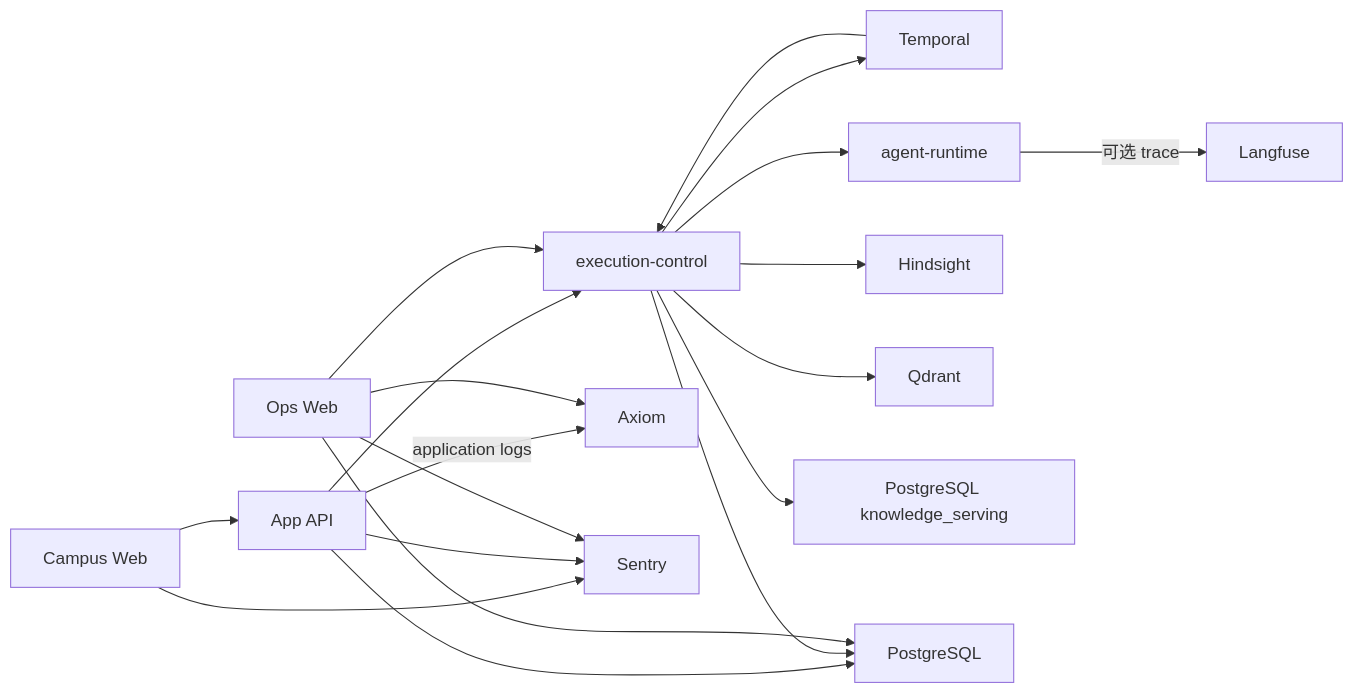
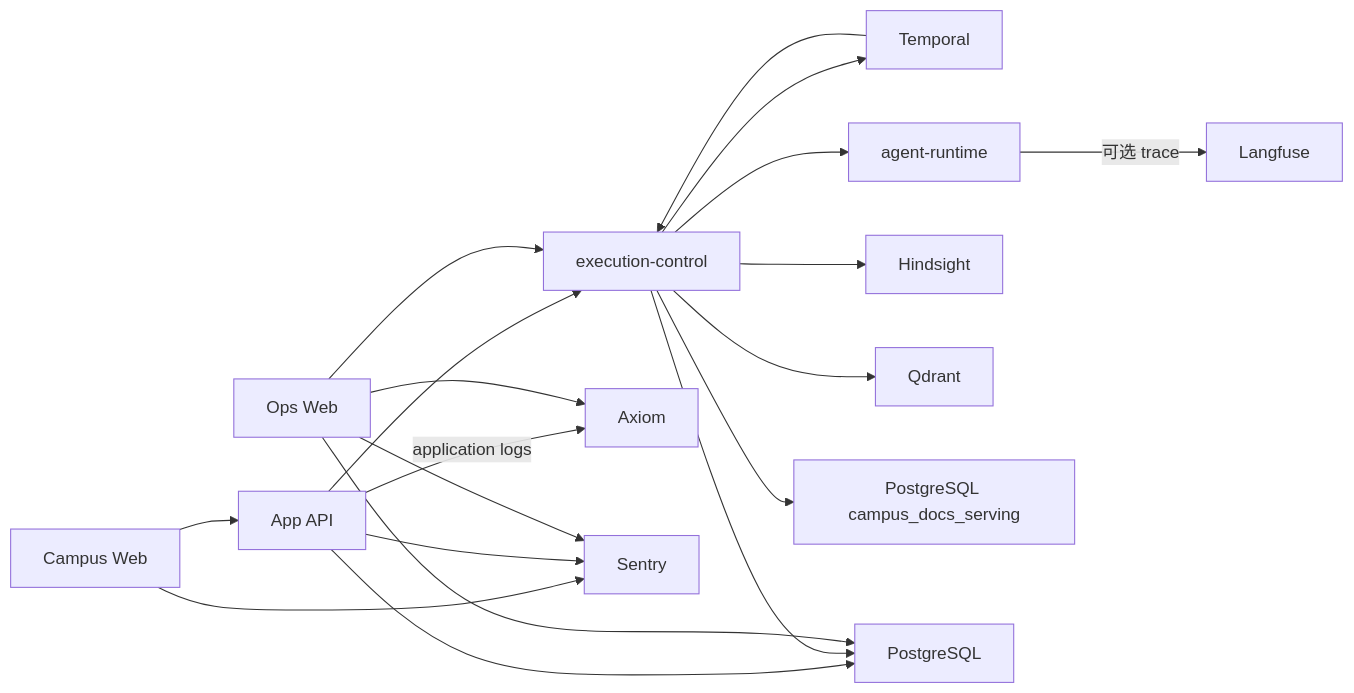
Before and after one commit to Luxfeier22331/campus-agent-main: the diagram in docs/architecture/current.md, drawn with Mermaid. The commit also changed other lines of this file and 308 other files, not shown here.

````diff
--- a/docs/architecture/current.md
+++ b/docs/architecture/current.md
@@ -16,32 +16,32 @@
 ```mermaid
 flowchart LR
   Web["Campus Web"]
   Ops["Ops Web"]
   API["App API"]
   Control["execution-control"]
   Temporal["Temporal"]
   Agent["agent-runtime"]
   Memory["Hindsight"]
   Search["Qdrant"]
-  Knowledge["PostgreSQL knowledge_serving"]
+  Knowledge["PostgreSQL campus_docs_serving"]
   DB["PostgreSQL"]
   Axiom["Axiom"]
   Sentry["Sentry"]
   Langfuse["Langfuse"]
 
   Web --> API --> Control --> Temporal
   Temporal --> Control --> Agent
   Control --> Memory
   Control --> Search
   Control --> Knowledge
   API --> DB
   Control --> DB
   Ops --> DB
   Ops --> Control
   API -->|application logs| Axiom
   Agent -->|可选 trace| Langfuse
   Web --> Sentry
   API --> Sentry
   Ops --> Axiom
   Ops --> Sentry
 ```
````
